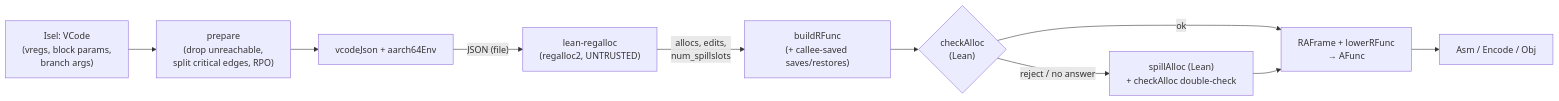
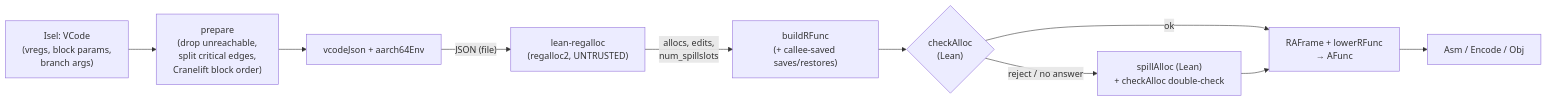
One commit to eth-act/clifv changed the diagram in docs/contracts/regalloc.md. Above: the diagram before and after it, drawn with Mermaid. The commit also changed other lines of this file, not shown here.

Commit message:
#553 (a): docs: prepare's Cranelift block order

````diff
--- a/docs/contracts/regalloc.md
+++ b/docs/contracts/regalloc.md
@@ -35,12 +35,12 @@
 ```mermaid
 flowchart LR
-  A["Isel: VCode<br/>(vregs, block params,<br/>branch args)"] --> B["prepare<br/>(drop unreachable,<br/>split critical edges, RPO)"]
+  A["Isel: VCode<br/>(vregs, block params,<br/>branch args)"] --> B["prepare<br/>(drop unreachable,<br/>split critical edges,<br/>Cranelift block order)"]
   B --> C["vcodeJson + aarch64Env"]
   C -- "JSON (file)" --> D["lean-regalloc<br/>(regalloc2, UNTRUSTED)"]
   D -- "allocs, edits,<br/>num_spillslots" --> E["buildRFunc<br/>(+ callee-saved saves/restores)"]
   E --> F{"checkAlloc<br/>(Lean)"}
   F -- ok --> G["RAFrame + lowerRFunc<br/>→ AFunc"]
   F -- "reject / no answer" --> S["spillAlloc (Lean)<br/>+ checkAlloc double-check"]
   S --> G
   G --> H["Asm / Encode / Obj"]
 ```
````
